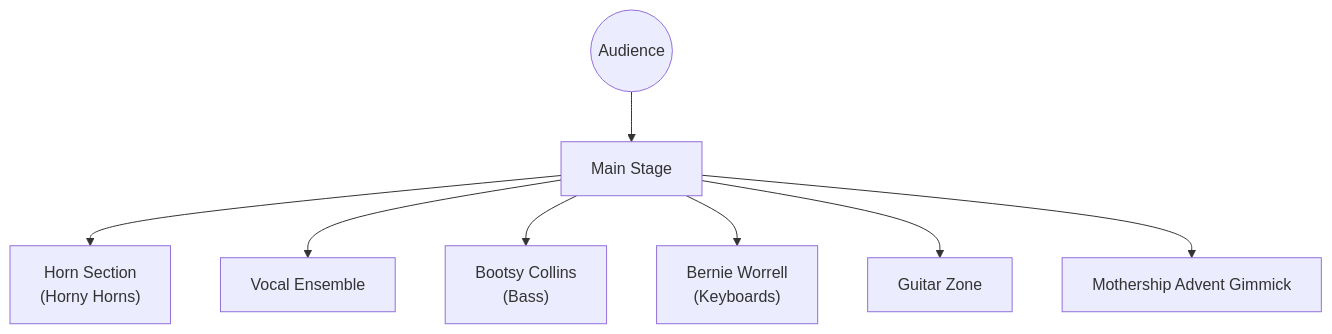
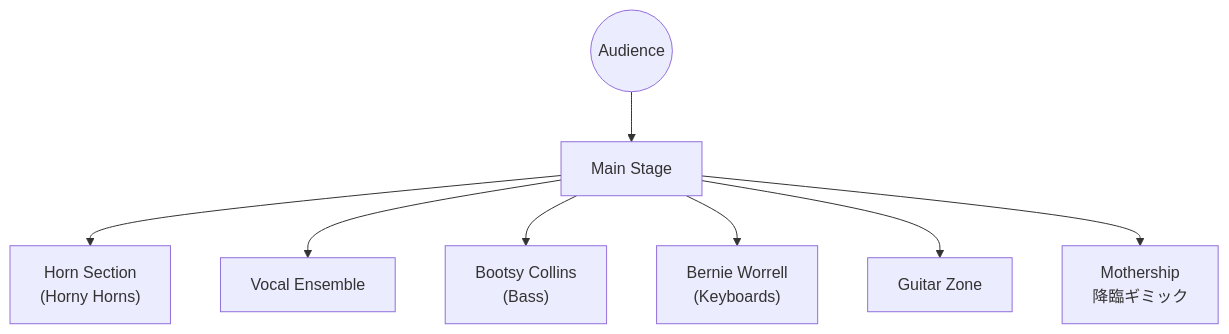
One commit to monumental-movement/monumental-movement.github.io changed the fourth of 4 diagrams in en/_posts/2025-11-15-column-parliament-funkadelic.md. Above: the diagram before and after it, drawn with Mermaid. The commit also changed other lines of this file and 2196 other files, not shown here.

```diff
--- a/en/_posts/2025-11-15-column-parliament-funkadelic.md
+++ b/en/_posts/2025-11-15-column-parliament-funkadelic.md
@@ -290,11 +289,11 @@
 <div class="mermaid">
 flowchart TD
     Audience((Audience)) --> Stage[Main Stage]
 
     Stage --> Horns["Horn Section<br/>(Horny Horns)"]
     Stage --> Vocals["Vocal Ensemble"]
     Stage --> Bootsy["Bootsy Collins<br/>(Bass)"]
     Stage --> Bernie["Bernie Worrell<br/>(Keyboards)"]
     Stage --> Guitar["Guitar Zone"]
-    Stage --> Ship["Mothership Advent Gimmick"]
+    Stage --> Ship["Mothership<br/>降臨ギミック"]
 </div>
```
